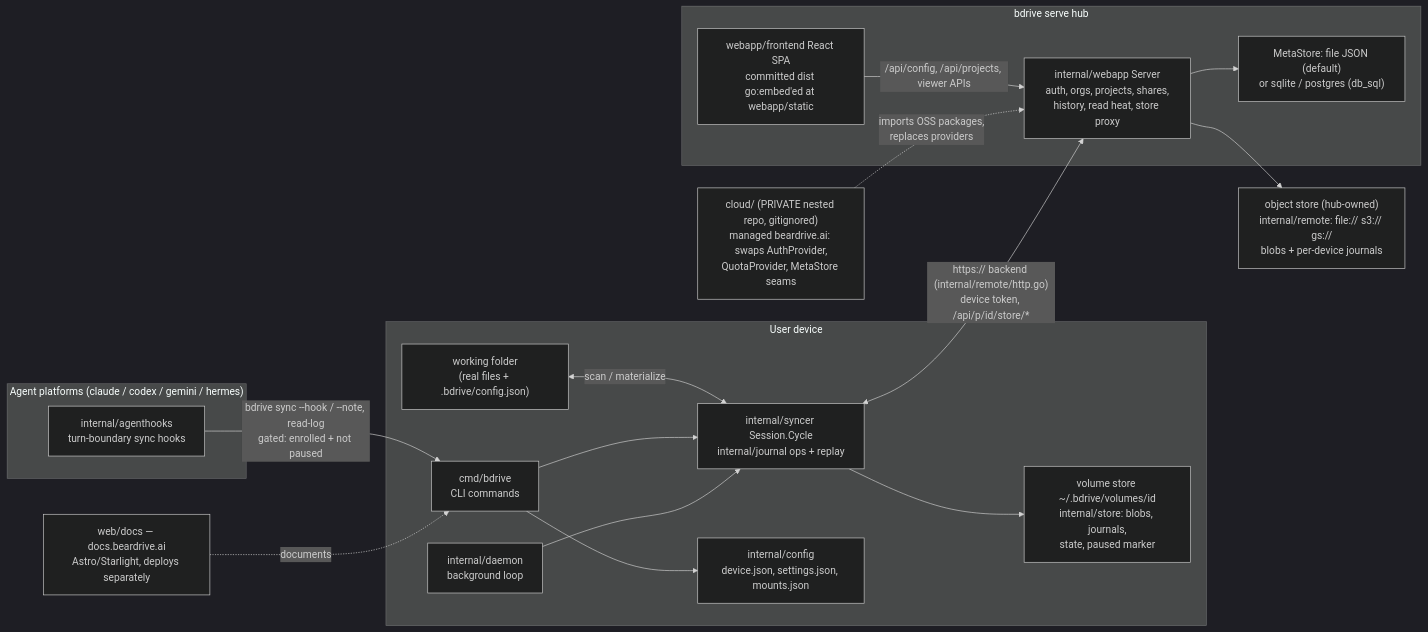
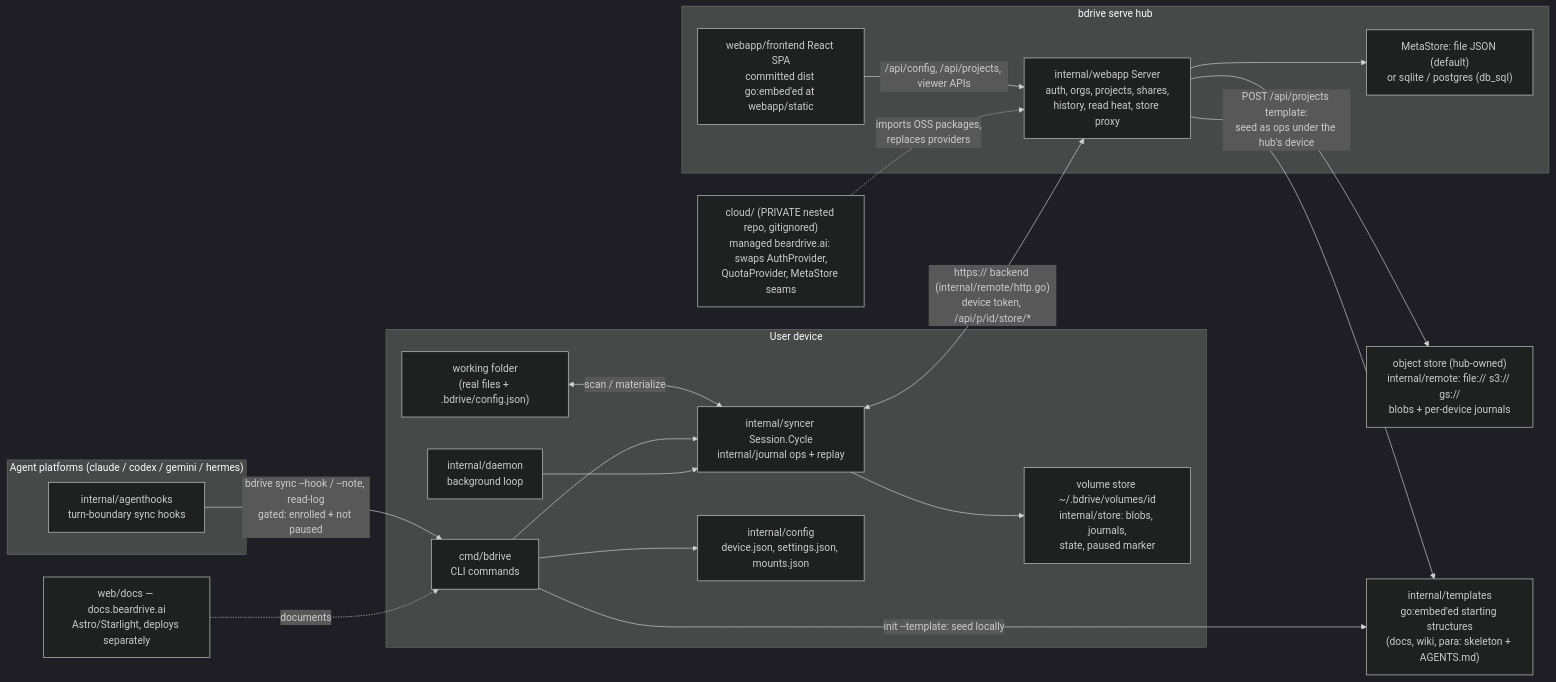
One commit to runbear-io/beardrive changed the diagram in architecture/overview.md. Above: the diagram before and after it, drawn with Mermaid (dark theme). The commit also changed 50 other files, not shown here.

````diff
--- a/architecture/overview.md
+++ b/architecture/overview.md
@@ -10,39 +10,43 @@
 ```mermaid
 flowchart LR
     subgraph device["User device"]
         wf["working folder<br/>(real files + .bdrive/config.json)"]
         cli["cmd/bdrive<br/>CLI commands"]
         dmn["internal/daemon<br/>background loop"]
         eng["internal/syncer Session.Cycle<br/>internal/journal ops + replay"]
         vs["volume store ~/.bdrive/volumes/id<br/>internal/store: blobs, journals,<br/>state, paused marker"]
         cfg["internal/config<br/>device.json, settings.json, mounts.json"]
     end
 
     subgraph agents["Agent platforms (claude / codex / gemini / hermes)"]
         hooks["internal/agenthooks<br/>turn-boundary sync hooks"]
     end
 
     subgraph hub["bdrive serve hub"]
         srv["internal/webapp Server<br/>auth, orgs, projects, shares,<br/>history, read heat, store proxy"]
         fe["webapp/frontend React SPA<br/>committed dist go:embed'ed at webapp/static"]
         meta["MetaStore: file JSON (default)<br/>or sqlite / postgres (db_sql)"]
     end
 
     store["object store (hub-owned)<br/>internal/remote: file:// s3:// gs://<br/>blobs + per-device journals"]
 
+    tpl["internal/templates<br/>go:embed'ed starting structures<br/>(docs, wiki, para: skeleton + AGENTS.md)"]
+
     docs["web/docs — docs.beardrive.ai<br/>Astro/Starlight, deploys separately"]
     cloud["cloud/ (PRIVATE nested repo, gitignored)<br/>managed beardrive.ai: swaps AuthProvider,<br/>QuotaProvider, MetaStore seams"]
 
     wf <-->|scan / materialize| eng
     cli --> eng
     dmn --> eng
     cli --> cfg
     eng --> vs
     eng <-->|"https:// backend (internal/remote/http.go)<br/>device token, /api/p/id/store/*"| srv
     hooks -->|"bdrive sync --hook / --note, read-log<br/>gated: enrolled + not paused"| cli
     srv --> store
     srv --> meta
+    cli -->|"init --template: seed locally"| tpl
+    srv -->|"POST /api/projects template:<br/>seed as ops under the hub's device"| tpl
     fe -->|/api/config, /api/projects, viewer APIs| srv
     cloud -.->|imports OSS packages,<br/>replaces providers| srv
     docs -.->|documents| cli
 ```
````
